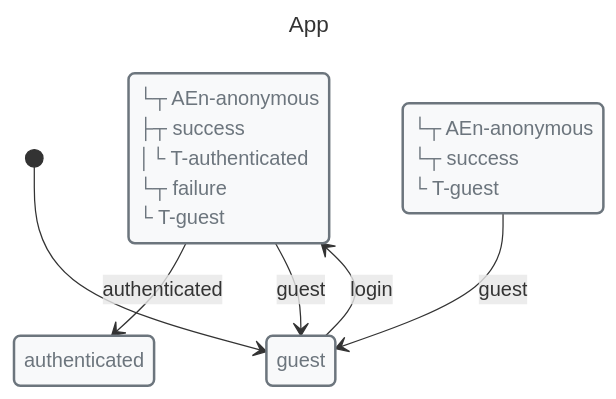
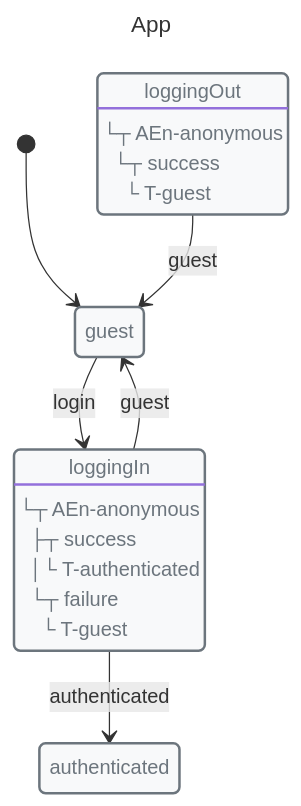
The third of 4 diagrams in docs/guides/nested-machines.md (Masquerade-Circus/x-robot), drawn with Mermaid before and after one commit. The commit also changed other lines of this file and 123 other files, not shown here.

Commit message:
refactor: improve mermaid code

````diff
--- a/docs/guides/nested-machines.md
+++ b/docs/guides/nested-machines.md
@@ -147,32 +147,33 @@
 ```mermaid
 ---
 title: App
 ---
 
 stateDiagram-v2
+direction TB
 
 classDef danger fill:#f8d7da,stroke:#721c24,stroke-width:2px,text-align:left,color:#721c24
 classDef warning fill:#fff3cd,stroke:#856404,stroke-width:2px,text-align:left,color:#856404
 classDef success fill:#d4edda,stroke:#155724,stroke-width:2px,text-align:left,color:#155724
 classDef primary fill:#cce5ff,stroke:#004085,stroke-width:2px,text-align:left,color:#004085
 classDef info fill:#d1ecf1,stroke:#0c5460,stroke-width:2px,text-align:left,color:#0c5460
 classDef def fill:#f8f9fa,stroke:#6c757d,stroke-width:2px,text-align:left,color:#6c757d
 
-state guest
-state loggingIn
-state authenticated
-state loggingOut
+state "guest" as guest
+state "loggingIn" as loggingIn
+state "authenticated" as authenticated
+state "loggingOut" as loggingOut
 class guest def
 class loggingIn def
 class authenticated def
 class loggingOut def
 
-loggingIn: └┬ AEn-anonymous<br> ├┬ success<br> │└ T-authenticated<br> └┬ failure<br>  └ T-guest
-loggingOut: └┬ AEn-anonymous<br> └┬ success<br>  └ T-guest
+loggingIn: └┬ AEn-anonymous<br> ├┬ success<br> │└ T-authenticated<br> └┬ failure<br>  └ T-guest
+loggingOut: └┬ AEn-anonymous<br> └┬ success<br>  └ T-guest
 
 [*] --> guest
 guest --> loggingIn: login
 loggingIn --> authenticated: authenticated
 loggingIn --> guest: guest
 loggingOut --> guest: guest
 ```
````
